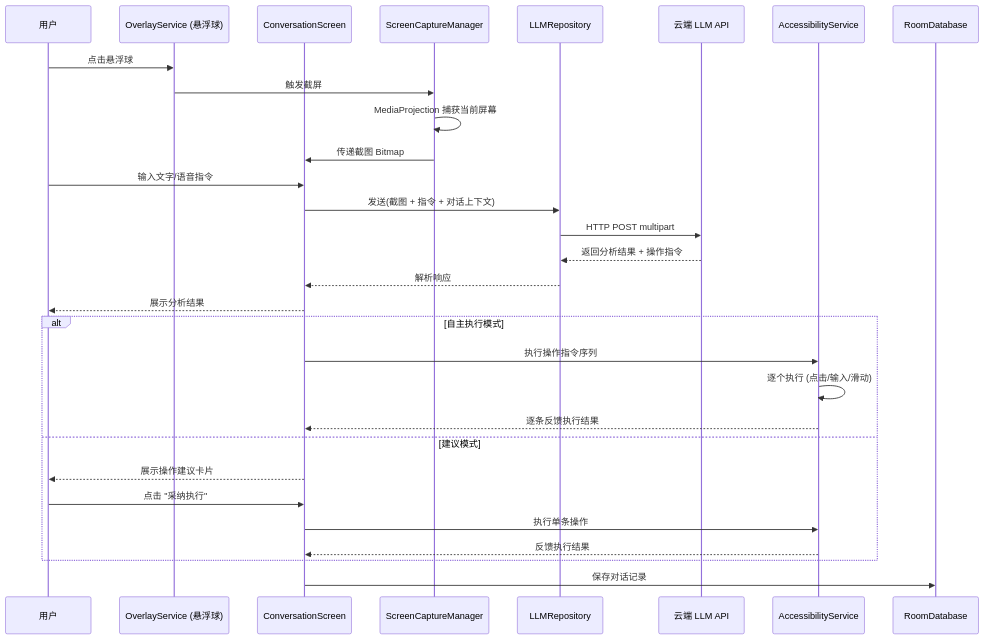
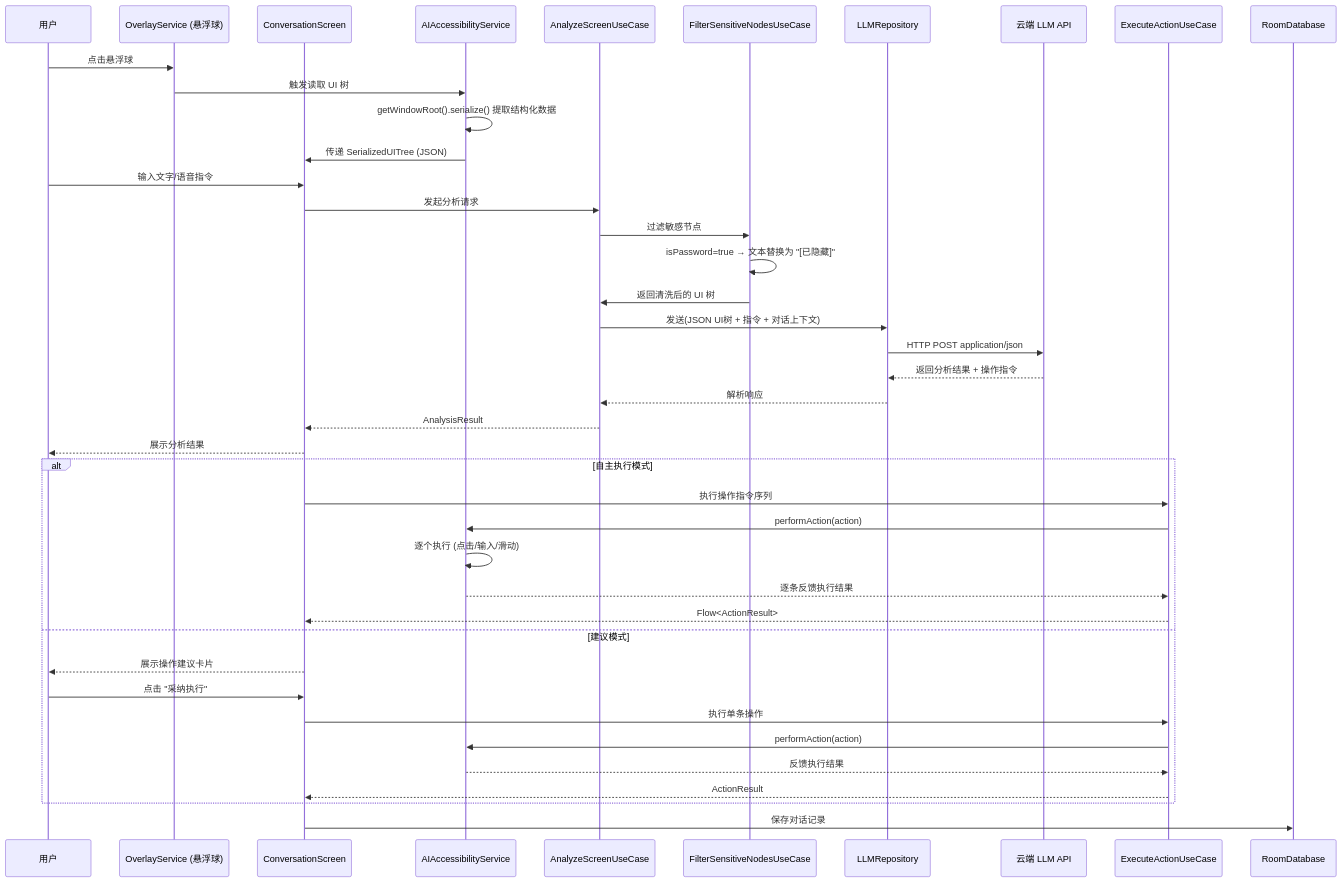
One commit to 1606143816/AIScreenAssistant changed the second of 2 diagrams in .monkeycode/specs/ai-screen-assistant/design.md. Above: the diagram before and after it, drawn with Mermaid. The commit also changed other lines of this file and 2 other files, not shown here.

First line of the commit message:
refactor: switch from screenshot to UI tree reading via AccessibilityService

````diff
--- a/.monkeycode/specs/ai-screen-assistant/design.md
+++ b/.monkeycode/specs/ai-screen-assistant/design.md
@@ -76,35 +77,46 @@
 ```mermaid
 sequenceDiagram
     participant User as 用户
     participant OB as OverlayService (悬浮球)
     participant Conv as ConversationScreen
-    participant SC as ScreenCaptureManager
+    participant AS as AIAccessibilityService
+    participant UC as AnalyzeScreenUseCase
+    participant Filter as FilterSensitiveNodesUseCase
     participant LLM as LLMRepository
     participant LLMAPI as 云端 LLM API
-    participant AS as AccessibilityService
+    participant Exec as ExecuteActionUseCase
     participant DB as RoomDatabase
 
     User->>OB: 点击悬浮球
-    OB->>SC: 触发截屏
-    SC->>SC: MediaProjection 捕获当前屏幕
-    SC->>Conv: 传递截图 Bitmap
+    OB->>AS: 触发读取 UI 树
+    AS->>AS: getWindowRoot().serialize() 提取结构化数据
+    AS->>Conv: 传递 SerializedUITree (JSON)
     User->>Conv: 输入文字/语音指令
-    Conv->>LLM: 发送(截图 + 指令 + 对话上下文)
-    LLM->>LLMAPI: HTTP POST multipart
+    Conv->>UC: 发起分析请求
+    UC->>Filter: 过滤敏感节点
+    Filter->>Filter: isPassword=true → 文本替换为 "[已隐藏]"
+    Filter->>UC: 返回清洗后的 UI 树
+    UC->>LLM: 发送(JSON UI树 + 指令 + 对话上下文)
+    LLM->>LLMAPI: HTTP POST application/json
     LLMAPI-->>LLM: 返回分析结果 + 操作指令
-    LLM-->>Conv: 解析响应
+    LLM-->>UC: 解析响应
+    UC-->>Conv: AnalysisResult
     Conv-->>User: 展示分析结果
 
     alt 自主执行模式
-        Conv->>AS: 执行操作指令序列
+        Conv->>Exec: 执行操作指令序列
+        Exec->>AS: performAction(action)
         AS->>AS: 逐个执行 (点击/输入/滑动)
-        AS-->>Conv: 逐条反馈执行结果
+        AS-->>Exec: 逐条反馈执行结果
+        Exec-->>Conv: Flow<ActionResult>
     else 建议模式
         Conv-->>User: 展示操作建议卡片
         User->>Conv: 点击 "采纳执行"
-        Conv->>AS: 执行单条操作
-        AS-->>Conv: 反馈执行结果
+        Conv->>Exec: 执行单条操作
+        Exec->>AS: performAction(action)
+        AS-->>Exec: 反馈执行结果
+        Exec-->>Conv: ActionResult
     end
 
     Conv->>DB: 保存对话记录
 ```
````
